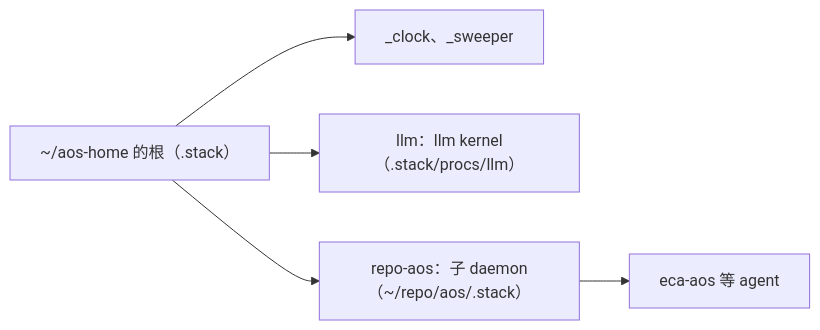
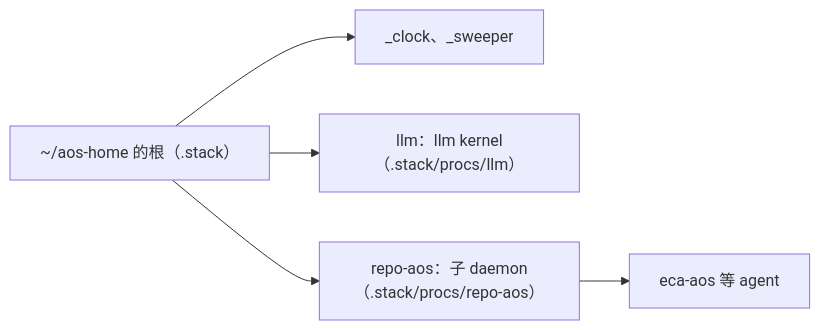
Before and after one commit to justty32/aos: the diagram in wf/workflows/dev-env/03-換機.md, drawn with Mermaid. The commit also changed other lines of this file and 11 other files, not shown here.

````diff
--- a/wf/workflows/dev-env/03-換機.md
+++ b/wf/workflows/dev-env/03-換機.md
@@ -94,7 +95,7 @@
 ```mermaid
 flowchart LR
     H["~/aos-home 的根（.stack）"] --> C[_clock、_sweeper]
     H --> L["llm：llm kernel（.stack/procs/llm）"]
-    H --> R["repo-aos：子 daemon（~/repo/aos/.stack）"]
+    H --> R["repo-aos：子 daemon（.stack/procs/repo-aos）"]
     R --> E[eca-aos 等 agent]
 ```
````
